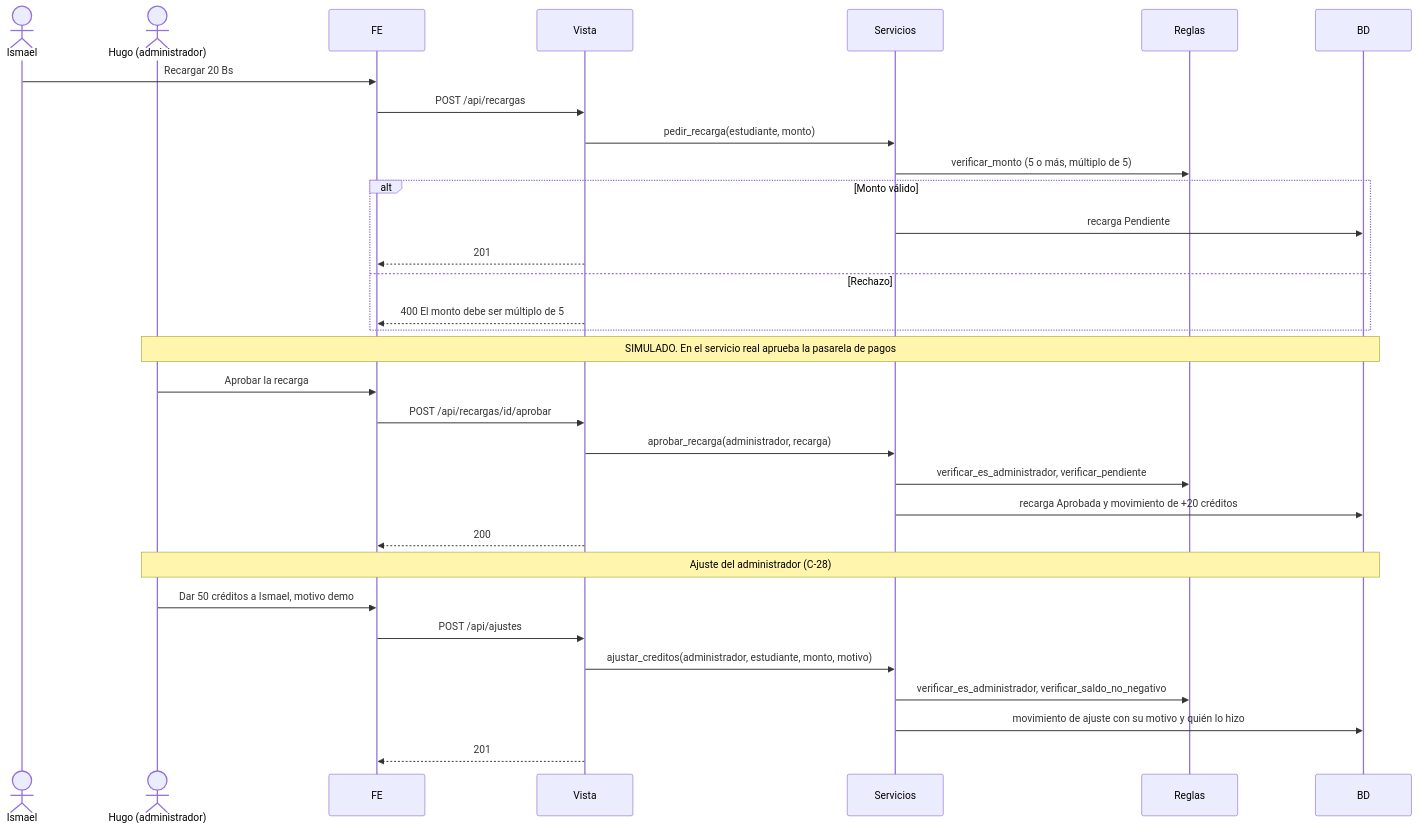
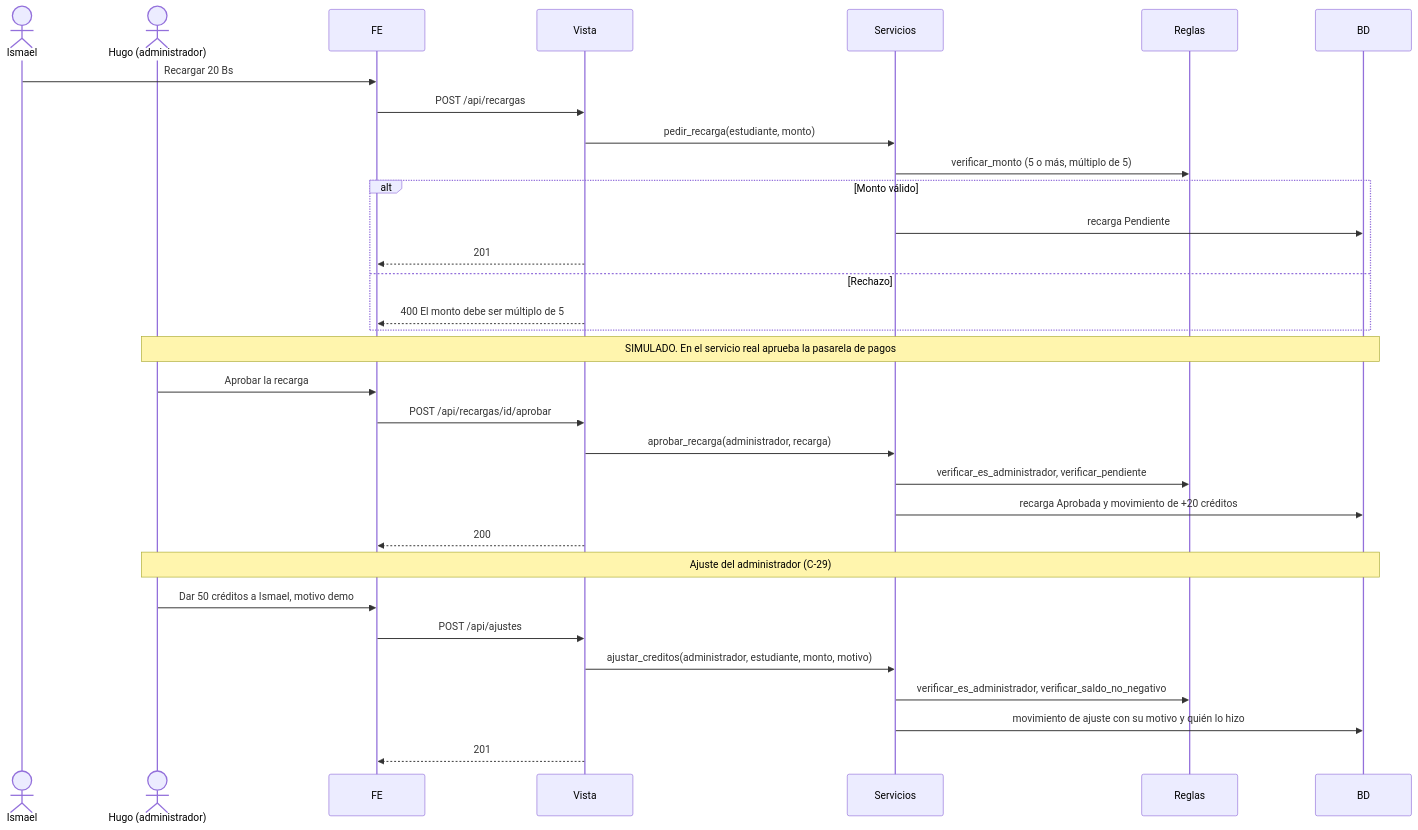
Before and after one commit to hugozuniga770/UPBus: diagram 12 of 19 in docs/diagramas-secuencia.md, drawn with Mermaid. The commit also changed other lines of this file and 7 other files, not shown here.

````diff
--- a/docs/diagramas-secuencia.md
+++ b/docs/diagramas-secuencia.md
@@ -340,34 +340,34 @@
 ```mermaid
 sequenceDiagram
     actor E as Ismael
     actor A as Hugo (administrador)
     participant FE
     participant V as Vista
     participant S as Servicios
     participant R as Reglas
     participant B as BD
     E->>FE: Recargar 20 Bs
     FE->>V: POST /api/recargas
     V->>S: pedir_recarga(estudiante, monto)
     S->>R: verificar_monto (5 o más, múltiplo de 5)
     alt Monto válido
         S->>B: recarga Pendiente
         V-->>FE: 201
     else Rechazo
         V-->>FE: 400 El monto debe ser múltiplo de 5
     end
     Note over A,B: SIMULADO. En el servicio real aprueba la pasarela de pagos
     A->>FE: Aprobar la recarga
     FE->>V: POST /api/recargas/id/aprobar
     V->>S: aprobar_recarga(administrador, recarga)
     S->>R: verificar_es_administrador, verificar_pendiente
     S->>B: recarga Aprobada y movimiento de +20 créditos
     V-->>FE: 200
-    Note over A,B: Ajuste del administrador (C-28)
+    Note over A,B: Ajuste del administrador (C-29)
     A->>FE: Dar 50 créditos a Ismael, motivo demo
     FE->>V: POST /api/ajustes
     V->>S: ajustar_creditos(administrador, estudiante, monto, motivo)
     S->>R: verificar_es_administrador, verificar_saldo_no_negativo
     S->>B: movimiento de ajuste con su motivo y quién lo hizo
     V-->>FE: 201
 ```
````
